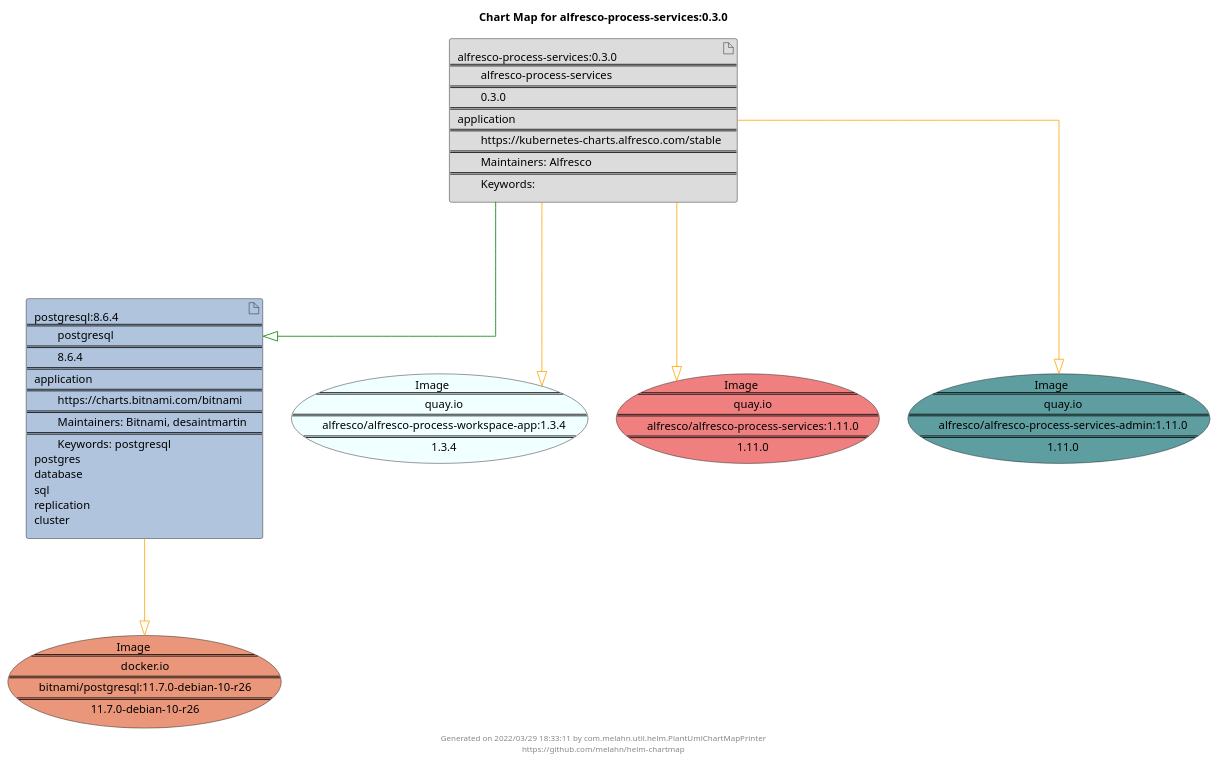
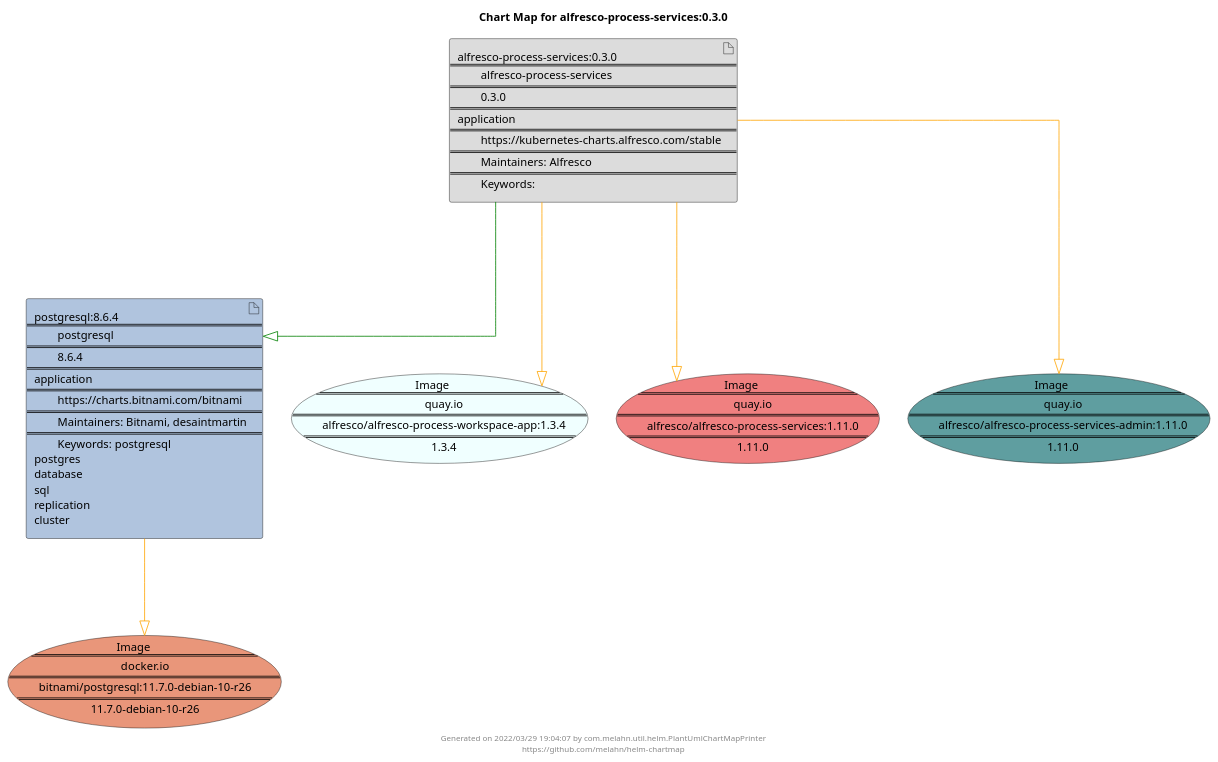
Before and after one commit to melahn/helm-chartmap: the diagram in docs/alfresco-process-services/alfresco-process-services-0.3.0.puml, drawn with PlantUML. The commit also changed 51 other files, not shown here.

Commit message:
Update Example Chart Maps as part of GitHub build

```diff
--- a/docs/alfresco-process-services/alfresco-process-services-0.3.0.puml
+++ b/docs/alfresco-process-services/alfresco-process-services-0.3.0.puml
@@ -1,29 +1,29 @@
 @startuml
 skinparam linetype ortho
 skinparam backgroundColor white
 skinparam usecaseBorderColor black
 skinparam usecaseArrowColor LightSlateGray
 skinparam artifactBorderColor black
 skinparam artifactArrowColor LightSlateGray
 
 title Chart Map for alfresco-process-services:0.3.0
 
 'There are 2 referenced Helm Charts
 artifact "alfresco-process-services:0.3.0\n====\n\talfresco-process-services\n====\n\t0.3.0\n====\napplication\n====\n\thttps://kubernetes-charts.alfresco.com/stable\n====\n\tMaintainers: Alfresco\n====\n\tKeywords: " as alfresco_process_services_0_3_0 #Gainsboro
 artifact "postgresql:8.6.4\n====\n\tpostgresql\n====\n\t8.6.4\n====\napplication\n====\n\thttps://charts.bitnami.com/bitnami\n====\n\tMaintainers: Bitnami, desaintmartin\n====\n\tKeywords: postgresql\npostgres\ndatabase\nsql\nreplication\ncluster" as postgresql_8_6_4 #LightSteelBlue
 
 'There are 4 referenced Docker Images
 usecase "Image\n====\n\tquay.io\n====\n\talfresco/alfresco-process-workspace-app:1.3.4\n====\n\t1.3.4" as quay_io_alfresco_alfresco_process_workspace_app_1_3_4 #Azure
 usecase "Image\n====\n\tquay.io\n====\n\talfresco/alfresco-process-services:1.11.0\n====\n\t1.11.0" as quay_io_alfresco_alfresco_process_services_1_11_0 #LightCoral
 usecase "Image\n====\n\tquay.io\n====\n\talfresco/alfresco-process-services-admin:1.11.0\n====\n\t1.11.0" as quay_io_alfresco_alfresco_process_services_admin_1_11_0 #CadetBlue
 usecase "Image\n====\n\tdocker.io\n====\n\tbitnami/postgresql:11.7.0-debian-10-r26\n====\n\t11.7.0-debian-10-r26" as docker_io_bitnami_postgresql_11_7_0_debian_10_r26 #DarkSalmon
 
 'Chart Dependencies
 alfresco_process_services_0_3_0--[#green]-|>postgresql_8_6_4
 alfresco_process_services_0_3_0--[#orange]-|>quay_io_alfresco_alfresco_process_services_admin_1_11_0
 alfresco_process_services_0_3_0--[#orange]-|>quay_io_alfresco_alfresco_process_workspace_app_1_3_4
 alfresco_process_services_0_3_0--[#orange]-|>quay_io_alfresco_alfresco_process_services_1_11_0
 postgresql_8_6_4--[#orange]-|>docker_io_bitnami_postgresql_11_7_0_debian_10_r26
 
-center footer Generated on 2022/03/29 18:33:11 by com.melahn.util.helm.PlantUmlChartMapPrinter\nhttps://github.com/melahn/helm-chartmap
+center footer Generated on 2022/03/29 19:04:07 by com.melahn.util.helm.PlantUmlChartMapPrinter\nhttps://github.com/melahn/helm-chartmap
 @enduml
```
